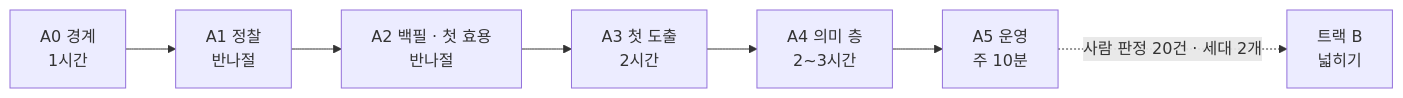
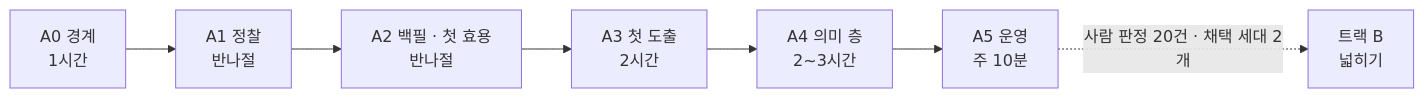
The diagram in BOOTSTRAP.md (d-j-lee/work-atlas), drawn with Mermaid before and after one commit. The commit also changed other lines of this file and 11 other files, not shown here.

````diff
--- a/BOOTSTRAP.md
+++ b/BOOTSTRAP.md
@@ -27,5 +28,5 @@
 ```mermaid
 flowchart LR
   A0["A0 경계<br/>1시간"] --> A1["A1 정찰<br/>반나절"] --> A2["A2 백필 · 첫 효용<br/>반나절"] --> A3["A3 첫 도출<br/>2시간"] --> A4["A4 의미 층<br/>2~3시간"] --> A5["A5 운영<br/>주 10분"]
-  A5 -.->|"사람 판정 20건 · 세대 2개"| B["트랙 B<br/>넓히기"]
+  A5 -.->|"사람 판정 20건 · 채택 세대 2개"| B["트랙 B<br/>넓히기"]
 ```
````
